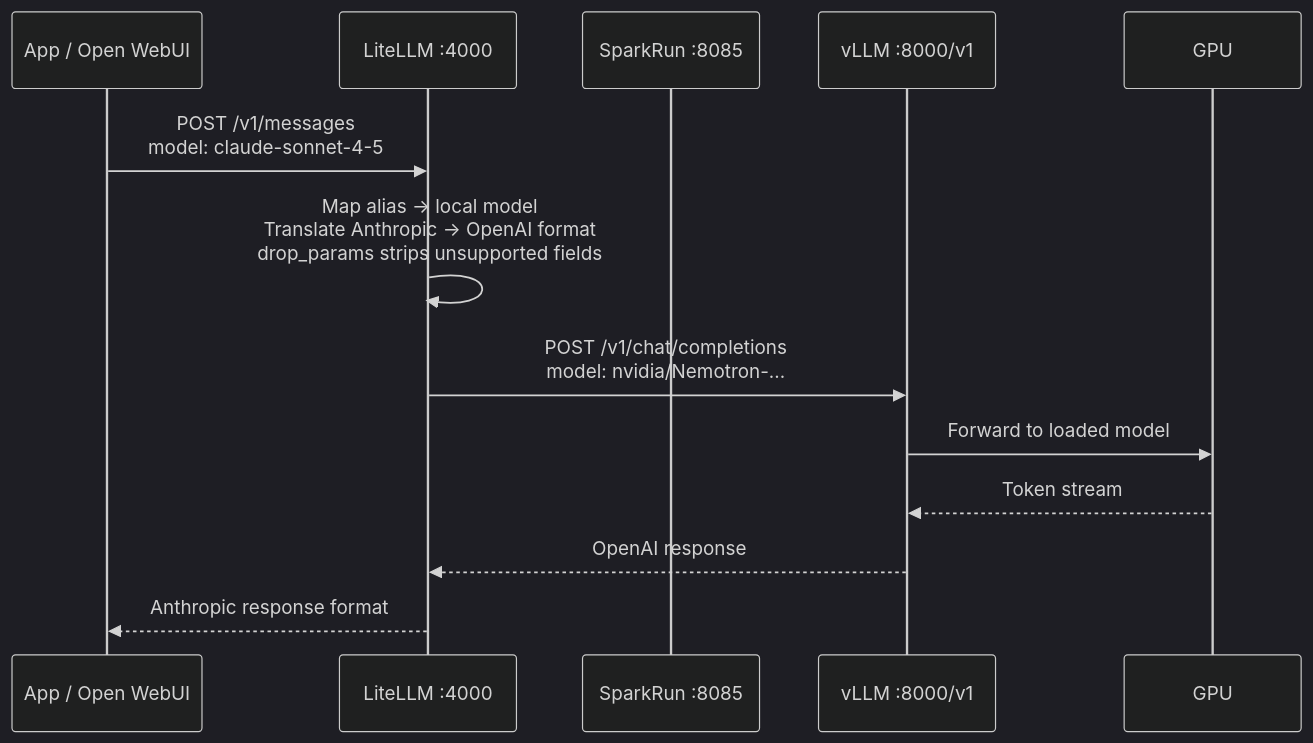
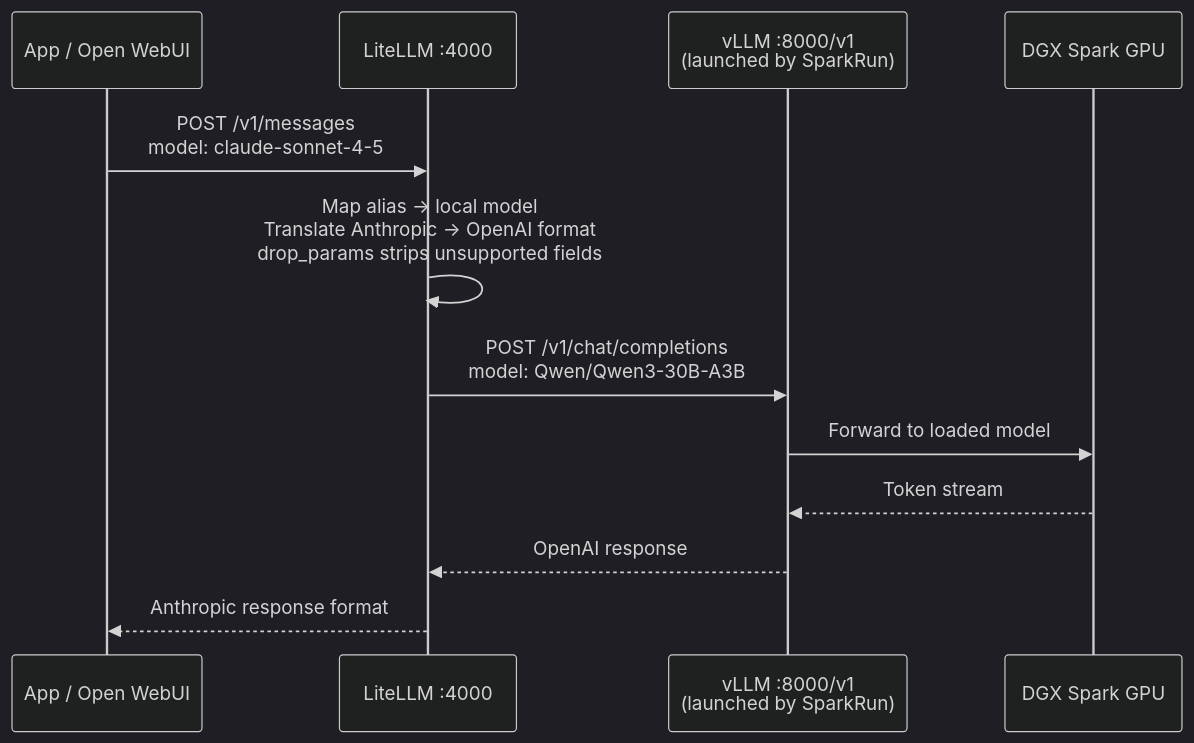
One commit to MARKYMARK55/spark-model-gateway changed the second of 2 diagrams in README.md. Above: the diagram before and after it, drawn with Mermaid (dark theme). The commit also changed other lines of this file, not shown here.

````diff
--- a/README.md
+++ b/README.md
@@ -122,16 +120,15 @@
 ```mermaid
 sequenceDiagram
     participant App as App / Open WebUI
     participant LM as LiteLLM :4000
-    participant SR as SparkRun :8085
-    participant vL as vLLM :8000/v1
-    participant GPU as GPU
+    participant vL as vLLM :8000/v1<br/>(launched by SparkRun)
+    participant GPU as DGX Spark GPU
 
     App->>LM: POST /v1/messages<br/>model: claude-sonnet-4-5
     LM->>LM: Map alias → local model<br/>Translate Anthropic → OpenAI format<br/>drop_params strips unsupported fields
-    LM->>vL: POST /v1/chat/completions<br/>model: nvidia/Nemotron-...
+    LM->>vL: POST /v1/chat/completions<br/>model: Qwen/Qwen3-30B-A3B
     vL->>GPU: Forward to loaded model
     GPU-->>vL: Token stream
     vL-->>LM: OpenAI response
     LM-->>App: Anthropic response format
 ```
````
